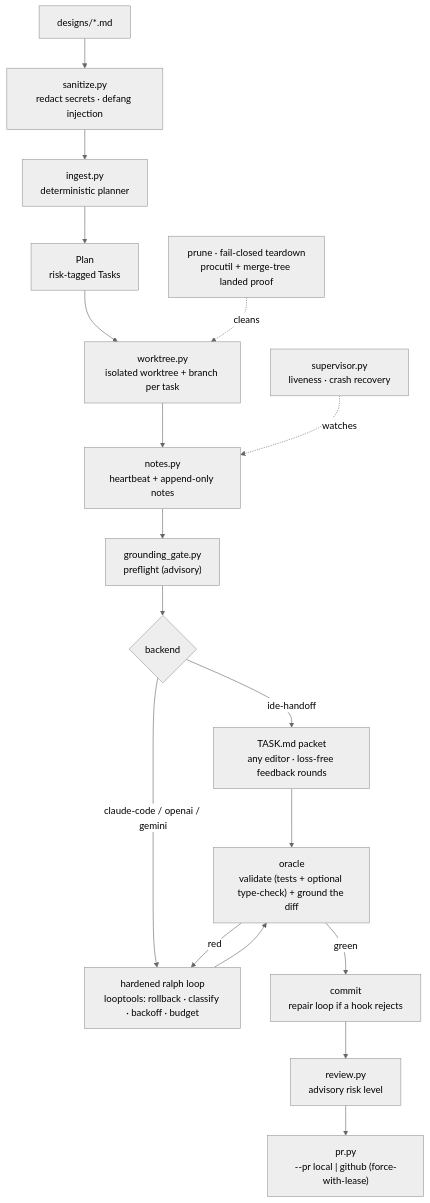
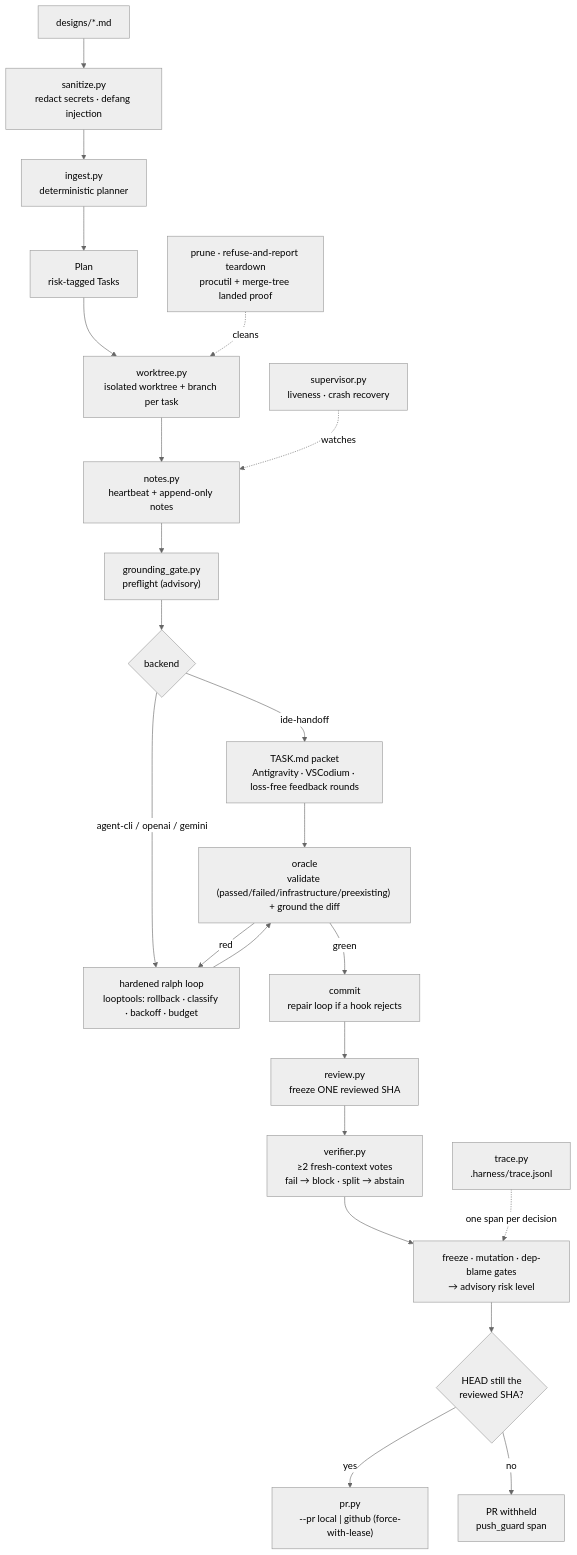
One commit to cabal19421/harness-oss changed the second of 4 diagrams in ARCHITECTURE.md. Above: the diagram before and after it, drawn with Mermaid (neutral theme). The commit also changed other lines of this file and 100 other files, not shown here.

First line of the commit message:
Sync the full upstream feature set; generic agent-CLI backend; AGENTS.md

````diff
--- a/ARCHITECTURE.md
+++ b/ARCHITECTURE.md
@@ -119,20 +131,25 @@
 ```mermaid
 flowchart TB
     D["designs/*.md"] --> SAN["sanitize.py\nredact secrets · defang injection"]
     SAN --> ING["ingest.py\ndeterministic planner"]
     ING --> PLAN["Plan\nrisk-tagged Tasks"]
     PLAN --> WT["worktree.py\nisolated worktree + branch per task"]
     WT --> HB["notes.py\nheartbeat + append-only notes"]
     HB --> GATE1["grounding_gate.py\npreflight (advisory)"]
     GATE1 --> BACK{"backend"}
-    BACK -->|ide-handoff| PKT["TASK.md packet\nany editor · loss-free feedback rounds"]
-    BACK -->|claude-code / openai / gemini| RALPH["hardened ralph loop\nlooptools: rollback · classify · backoff · budget"]
-    PKT --> ORACLE["oracle\nvalidate (tests + optional type-check) + ground the diff"]
+    BACK -->|ide-handoff| PKT["TASK.md packet\nAntigravity · VSCodium · loss-free feedback rounds"]
+    BACK -->|agent-cli / openai / gemini| RALPH["hardened ralph loop\nlooptools: rollback · classify · backoff · budget"]
+    PKT --> ORACLE["oracle\nvalidate (passed/failed/infrastructure/preexisting) + ground the diff"]
     RALPH --> ORACLE
     ORACLE -->|red| RALPH
     ORACLE -->|green| COMMIT["commit\nrepair loop if a hook rejects"]
-    COMMIT --> REV["review.py\nadvisory risk level"]
-    REV --> PR["pr.py\n--pr local | github (force-with-lease)"]
+    COMMIT --> FREEZE["review.py\nfreeze ONE reviewed SHA"]
+    FREEZE --> VER["verifier.py\n≥2 fresh-context votes\nfail → block · split → abstain"]
+    VER --> GATES["freeze · mutation · dep-blame gates\n→ advisory risk level"]
+    GATES --> GUARD{"HEAD still the\nreviewed SHA?"}
+    GUARD -->|yes| PR["pr.py\n--pr local | github (force-with-lease)"]
+    GUARD -->|no| HELD["PR withheld\npush_guard span"]
     SUP["supervisor.py\nliveness · crash recovery"] -. watches .-> HB
-    CLEAN["prune · fail-closed teardown\nprocutil + merge-tree landed proof"] -. cleans .-> WT
+    CLEAN["prune · refuse-and-report teardown\nprocutil + merge-tree landed proof"] -. cleans .-> WT
+    TR["trace.py\n.harness/trace.jsonl"] -. one span per decision .-> GATES
 ```
````
